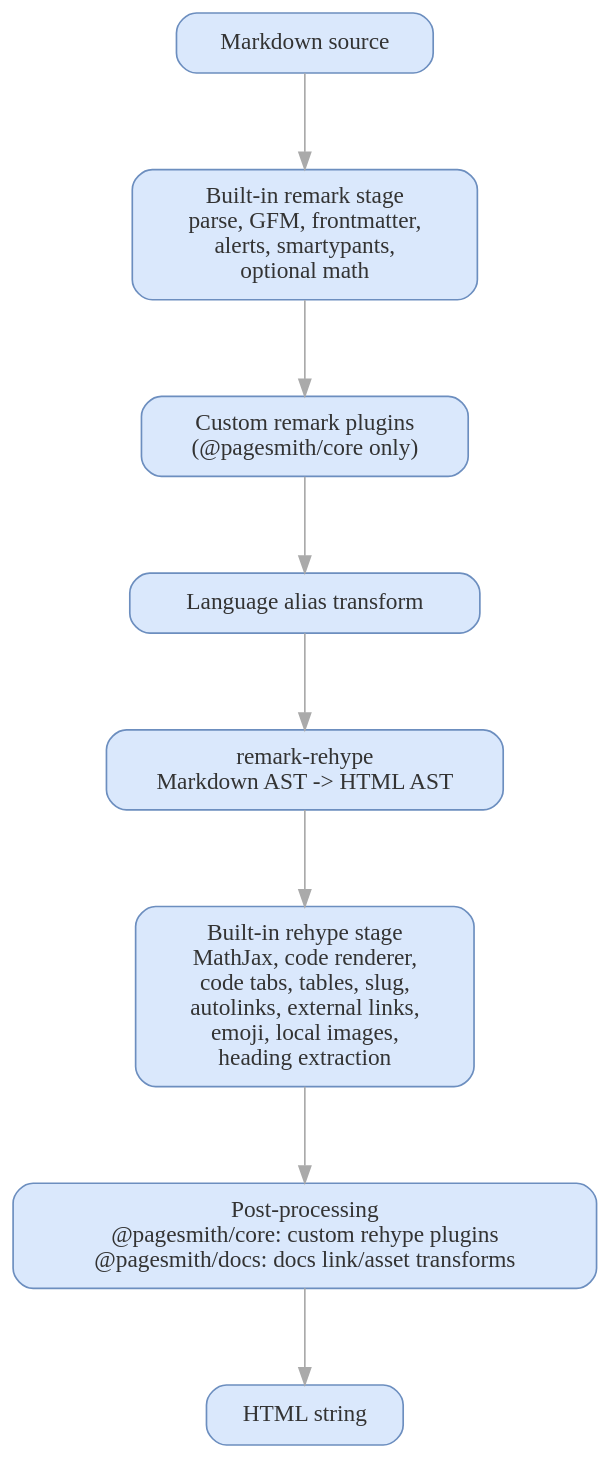
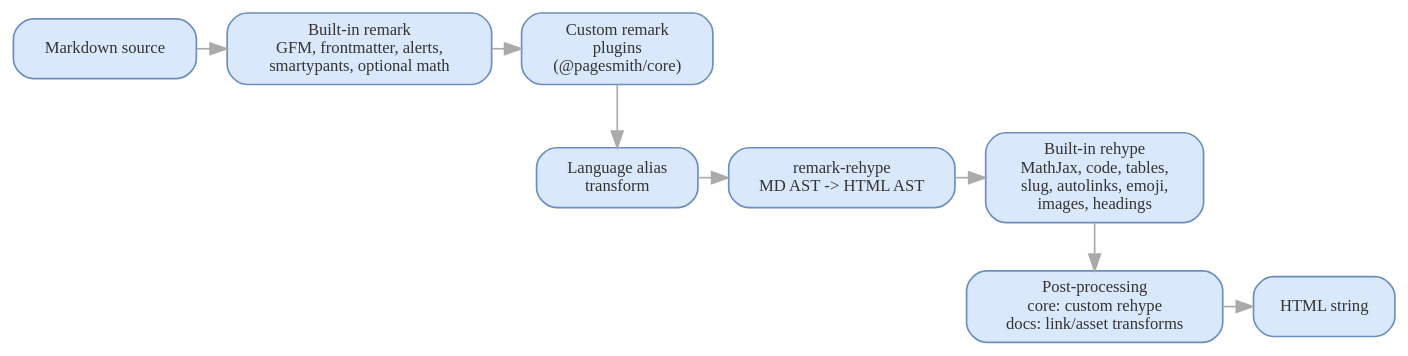
Before and after one commit to sujeet-pro/pagesmith: the diagram in docs/content/guide/markdown-features/diagrams/markdown-pipeline-overview.dot, drawn with Graphviz. The commit also changed 128 other files, not shown here.

```diff
--- a/docs/content/guide/markdown-features/diagrams/markdown-pipeline-overview.dot
+++ b/docs/content/guide/markdown-features/diagrams/markdown-pipeline-overview.dot
@@ -1,19 +1,26 @@
 // Diagram: Markdown pipeline overview
 // Type: graphviz
 digraph MarkdownPipelineOverview {
   bgcolor="transparent"
-  graph [rankdir=TB, nodesep=0.5, ranksep=0.8, pad=0.2]
-  node [shape=box, style="rounded,filled", fillcolor="#dae8fc", color="#6c8ebf", fontcolor="#333333", margin="0.18,0.12"]
-  edge [fontsize=10, color="#AAAAAA", fontcolor="#333333"]
+  graph [rankdir=TB, nodesep=0.25, ranksep=0.4, pad=0.1, fontsize=10, dpi=72]
+  node [shape=box, style="rounded,filled", fillcolor="#dae8fc", color="#6c8ebf", fontcolor="#333333", fontsize=10, margin="0.12,0.07"]
+  edge [fontsize=9, color="#AAAAAA", fontcolor="#333333"]
 
   source [label="Markdown source"]
-  remark [label="Built-in remark stage\nparse, GFM, frontmatter,\nalerts, smartypants,\noptional math"]
-  userRemark [label="Custom remark plugins\n(@pagesmith/core only)"]
-  alias [label="Language alias transform"]
-  bridge [label="remark-rehype\nMarkdown AST -> HTML AST"]
-  rehype [label="Built-in rehype stage\nMathJax, code renderer,\ncode tabs, tables, slug,\nautolinks, external links,\nemoji, local images,\nheading extraction"]
-  post [label="Post-processing\n@pagesmith/core: custom rehype plugins\n@pagesmith/docs: docs link/asset transforms"]
+  remark [label="Built-in remark\nGFM, frontmatter, alerts,\nsmartypants, optional math"]
+  userRemark [label="Custom remark\nplugins\n(@pagesmith/core)"]
+
+  alias [label="Language alias\ntransform"]
+  bridge [label="remark-rehype\nMD AST -> HTML AST"]
+  rehype [label="Built-in rehype\nMathJax, code, tables,\nslug, autolinks, emoji,\nimages, headings"]
+
+  post [label="Post-processing\ncore: custom rehype\ndocs: link/asset transforms"]
   output [label="HTML string"]
 
-  source -> remark -> userRemark -> alias -> bridge -> rehype -> post -> output
+  { rank=same; source; remark; userRemark }
+  { rank=same; alias; bridge; rehype }
+  { rank=same; post; output }
+
+  source -> remark -> userRemark -> alias
+  alias -> bridge -> rehype -> post -> output
 }
```
